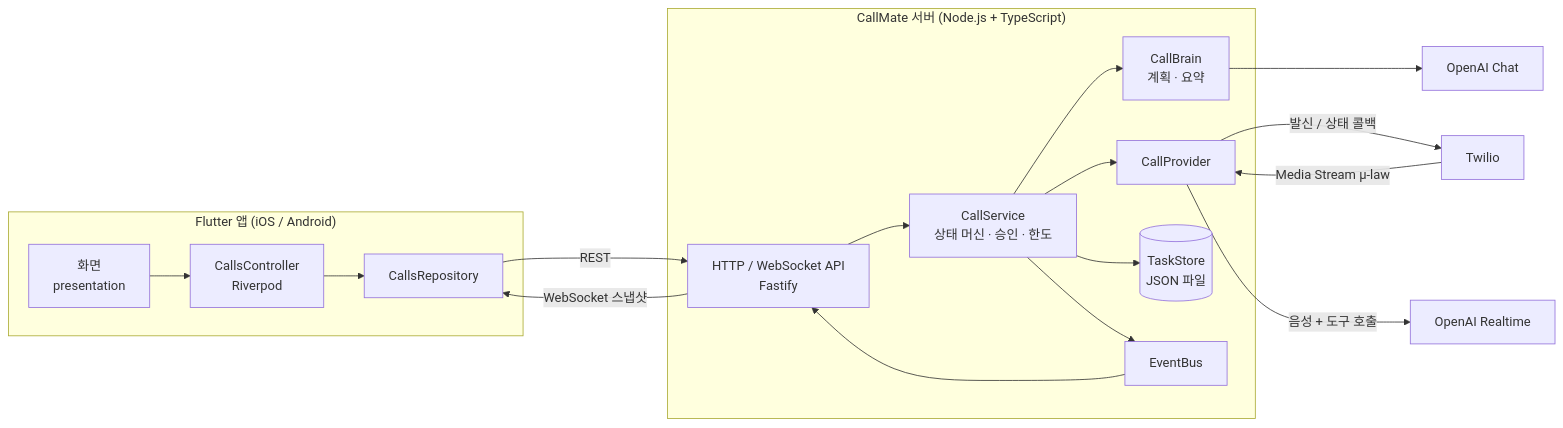
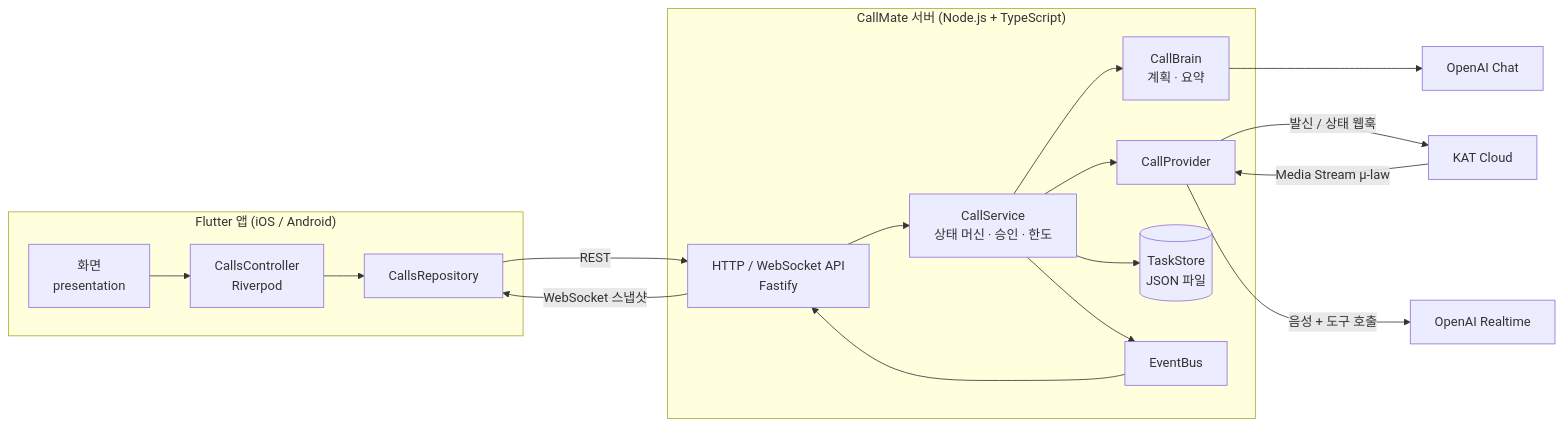
The first of 3 diagrams in docs/ARCHITECTURE.md (Jason8117/jason-danmuzi), drawn with Mermaid before and after one commit. The commit also changed other lines of this file and 34 other files, not shown here.

First line of the commit message:
Replace Twilio with KAT Cloud and add mid-call approval comments.

````diff
--- a/docs/ARCHITECTURE.md
+++ b/docs/ARCHITECTURE.md
@@ -68,30 +68,30 @@
 ```mermaid
 flowchart LR
   subgraph App["Flutter 앱 (iOS / Android)"]
     UI[화면<br/>presentation]
     CTRL[CallsController<br/>Riverpod]
     REPO[CallsRepository]
     UI --> CTRL --> REPO
   end
 
   subgraph Server["CallMate 서버 (Node.js + TypeScript)"]
     HTTP[HTTP / WebSocket API<br/>Fastify]
     SVC[CallService<br/>상태 머신 · 승인 · 한도]
     BRAIN[CallBrain<br/>계획 · 요약]
     PROV[CallProvider]
     STORE[(TaskStore<br/>JSON 파일)]
     BUS[EventBus]
     HTTP --> SVC
     SVC --> BRAIN
     SVC --> PROV
     SVC --> STORE
     SVC --> BUS --> HTTP
   end
 
   REPO -- REST --> HTTP
   HTTP -- WebSocket 스냅샷 --> REPO
-  PROV -- 발신 / 상태 콜백 --> TW[Twilio]
-  TW -- Media Stream μ-law --> PROV
+  PROV -- 발신 / 상태 웹훅 --> KAT[KAT Cloud]
+  KAT -- Media Stream μ-law --> PROV
   PROV -- 음성 + 도구 호출 --> RT[OpenAI Realtime]
   BRAIN --> LLM[OpenAI Chat]
 ```
````
